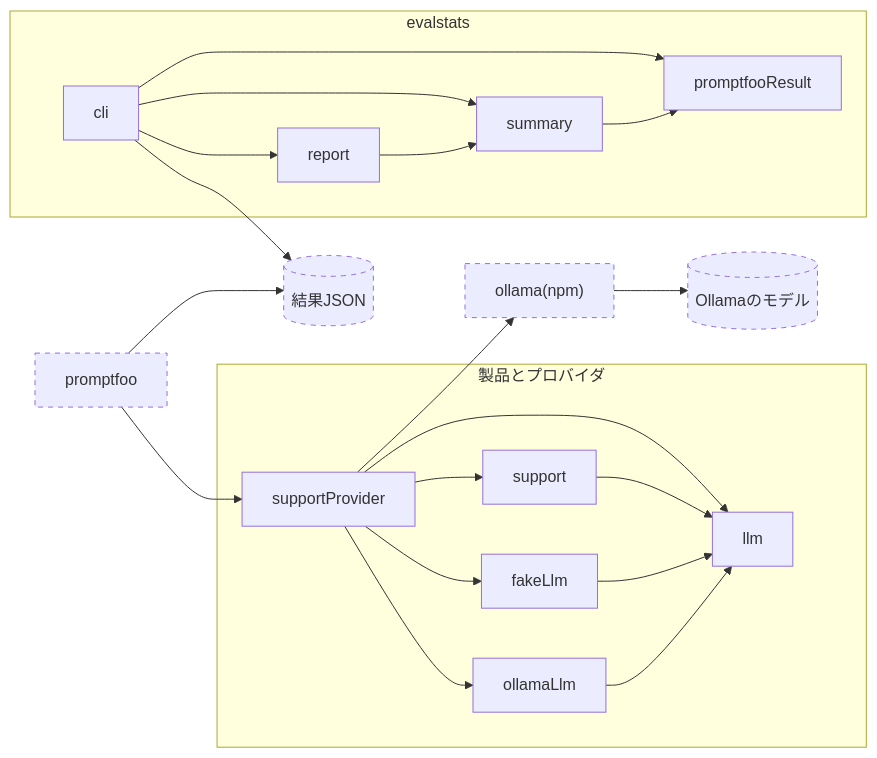
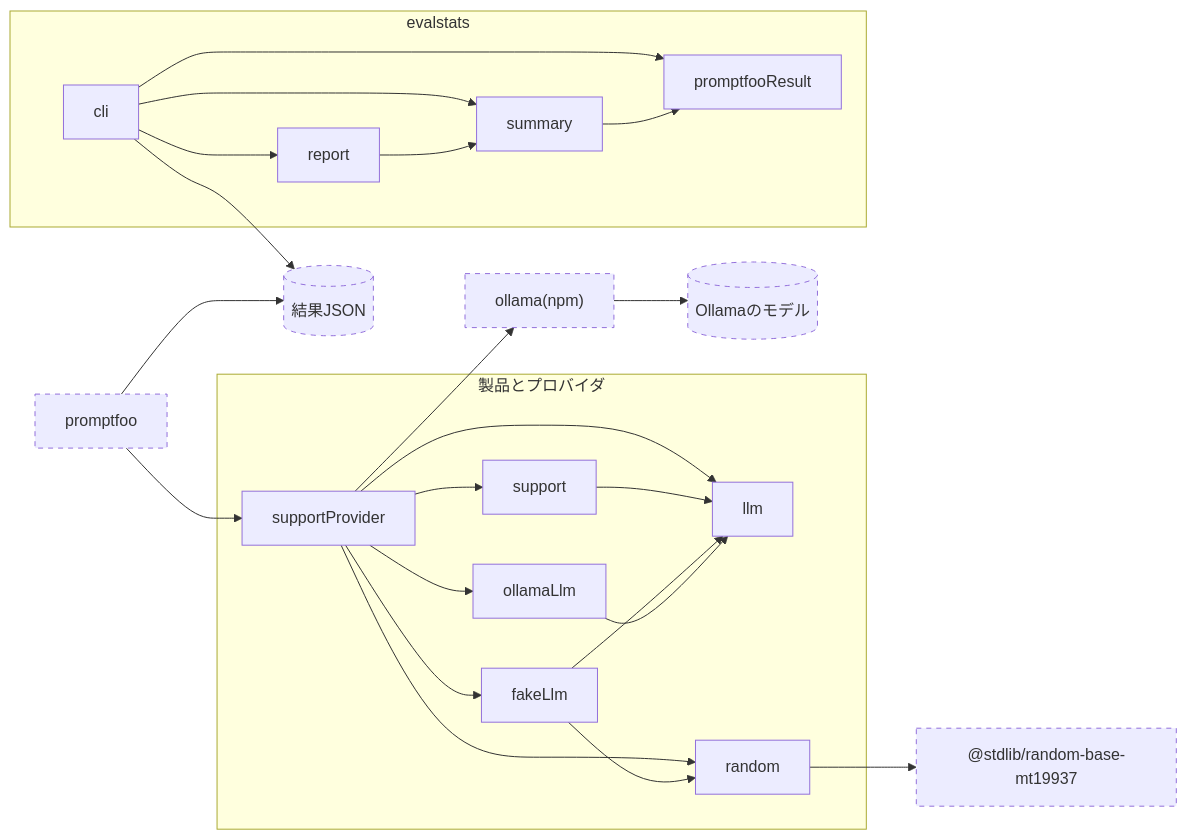
Before and after one commit to enunun/llm-evaluation-handson: the diagram in iterations/iteration-1/solution/design/modules.md, drawn with Mermaid. The commit also changed other lines of this file and 17 other files, not shown here.

````diff
--- a/iterations/iteration-1/solution/design/modules.md
+++ b/iterations/iteration-1/solution/design/modules.md
@@ -6,42 +6,47 @@
 ```mermaid
 flowchart LR
   promptfoo[promptfoo]:::external
   ollamaClient["ollama(npm)"]:::external
   ollamaServer[(Ollamaのモデル)]:::external
   resultFile[(結果JSON)]:::external
+  stdlibMt19937["@stdlib/random-base-mt19937"]:::external
 
   subgraph product[製品とプロバイダ]
     supportProvider
     support
     llm
     fakeLlm
     ollamaLlm
+    random
   end
 
   subgraph evalstats[evalstats]
     cli
     promptfooResult
     summary
     report
   end
 
   promptfoo --> supportProvider
   promptfoo --> resultFile
   supportProvider --> support
   supportProvider --> fakeLlm
   supportProvider --> ollamaLlm
   supportProvider --> llm
   supportProvider --> ollamaClient
+  supportProvider --> random
   support --> llm
   fakeLlm --> llm
+  fakeLlm --> random
   ollamaLlm --> llm
+  random --> stdlibMt19937
   ollamaClient --> ollamaServer
   cli --> promptfooResult
   cli --> summary
   cli --> report
   cli --> resultFile
   summary --> promptfooResult
   report --> summary
 
   classDef external stroke-dasharray: 5 5
 ```
````
